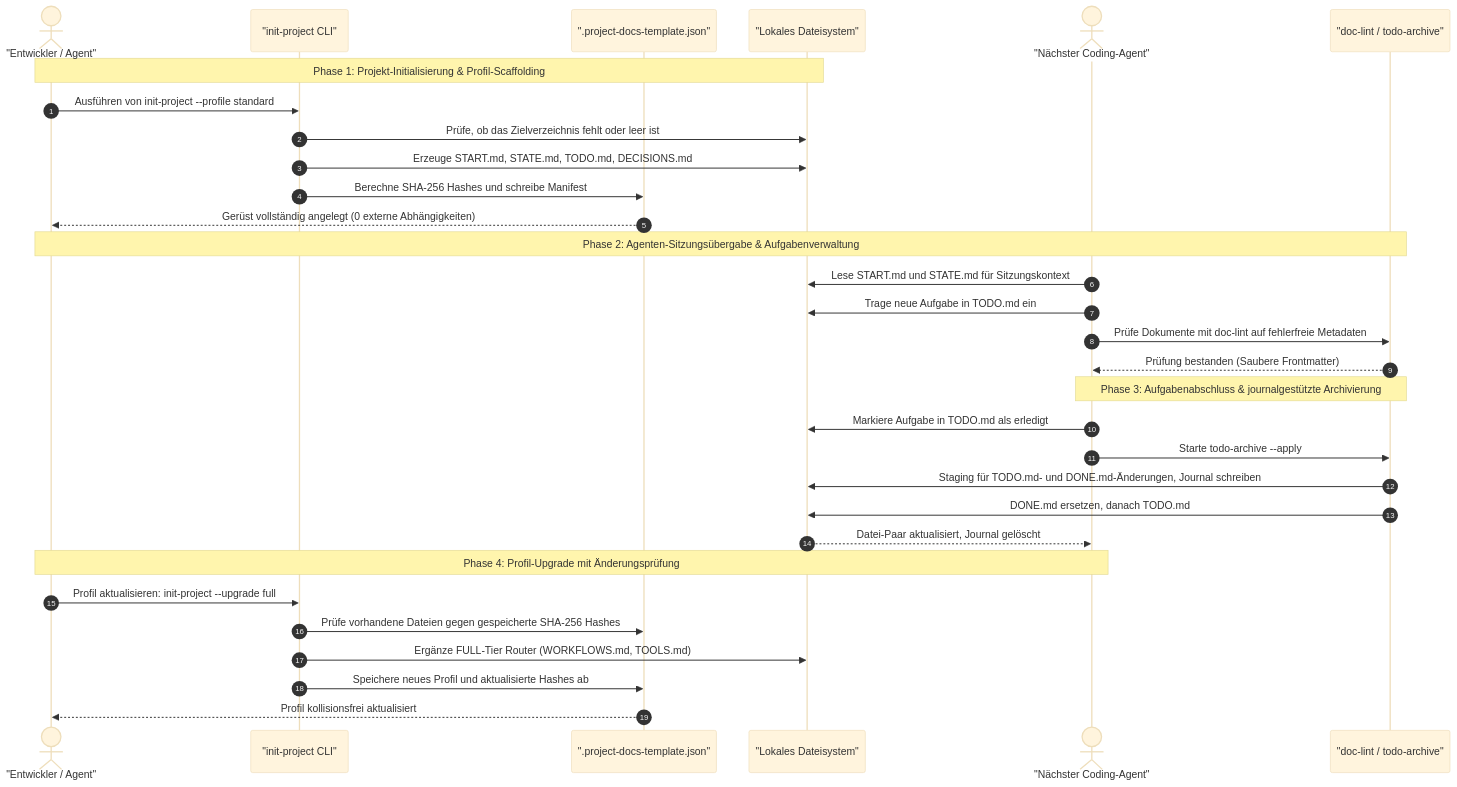
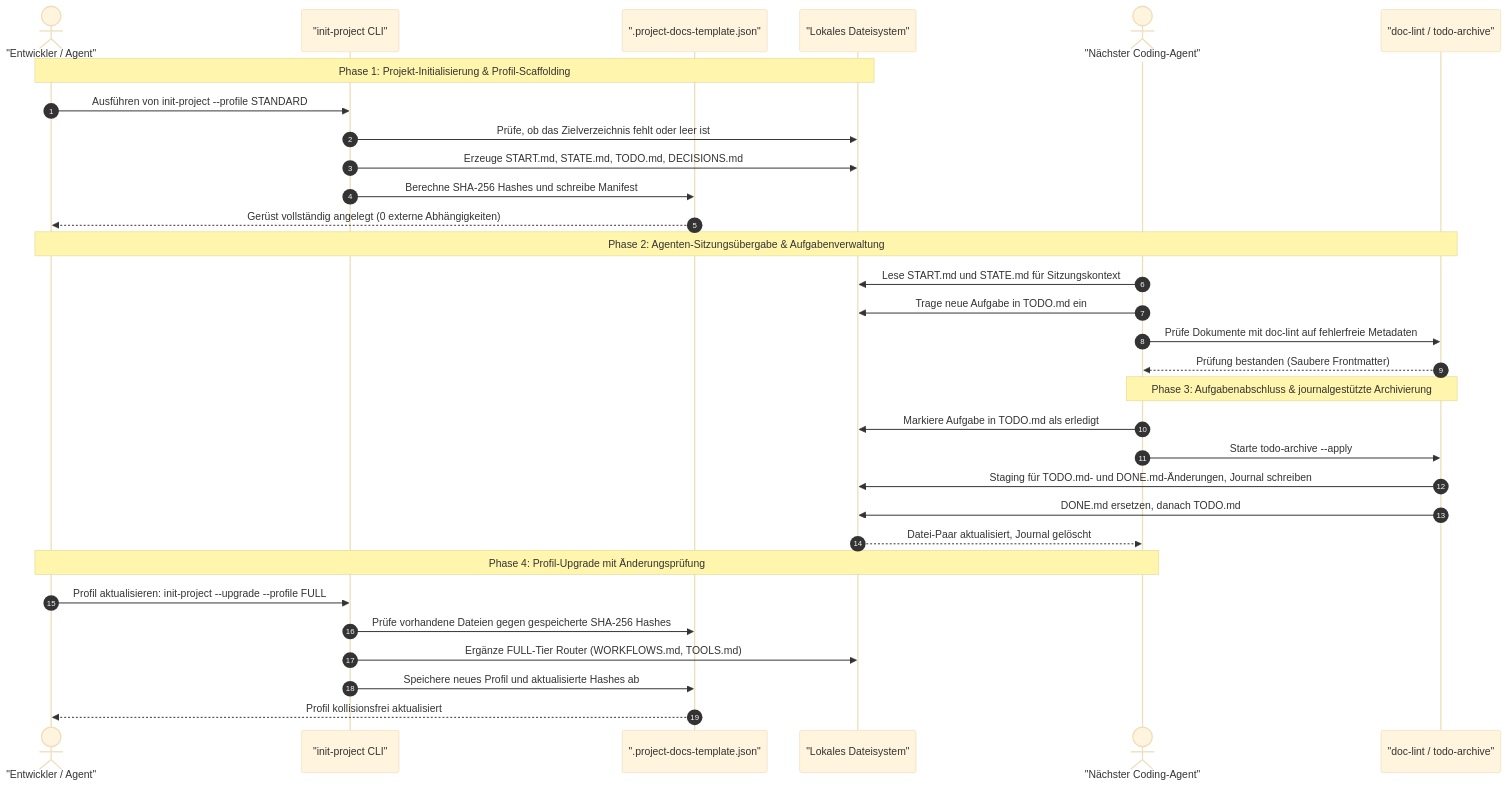
One commit to ellmos-ai/project-docs-template changed the second of 2 diagrams in README_de.md. Above: the diagram before and after it, drawn with Mermaid (base theme). The commit also changed other lines of this file and 14 other files, not shown here.

First line of the commit message:
fix(docs): document the real init-project/doc-lint CLI interface (for #10)

````diff
--- a/README_de.md
+++ b/README_de.md
@@ -156,37 +156,37 @@
 ```mermaid
 sequenceDiagram
     autonumber
     actor Engineer as "Entwickler / Agent"
     participant CLI as "init-project CLI"
     participant Manifest as ".project-docs-template.json"
     participant FS as "Lokales Dateisystem"
     actor NextAgent as "Nächster Coding-Agent"
     participant Linter as "doc-lint / todo-archive"
 
     Note over Engineer,FS: Phase 1: Projekt-Initialisierung & Profil-Scaffolding
-    Engineer->>CLI: Ausführen von init-project --profile standard
+    Engineer->>CLI: Ausführen von init-project --profile STANDARD
     CLI->>FS: Prüfe, ob das Zielverzeichnis fehlt oder leer ist
     CLI->>FS: Erzeuge START.md, STATE.md, TODO.md, DECISIONS.md
     CLI->>Manifest: Berechne SHA-256 Hashes und schreibe Manifest
     Manifest-->>Engineer: Gerüst vollständig angelegt (0 externe Abhängigkeiten)
 
     Note over Engineer,Linter: Phase 2: Agenten-Sitzungsübergabe & Aufgabenverwaltung
     NextAgent->>FS: Lese START.md und STATE.md für Sitzungskontext
     NextAgent->>FS: Trage neue Aufgabe in TODO.md ein
     NextAgent->>Linter: Prüfe Dokumente mit doc-lint auf fehlerfreie Metadaten
     Linter-->>NextAgent: Prüfung bestanden (Saubere Frontmatter)
 
     Note over NextAgent,Linter: Phase 3: Aufgabenabschluss & journalgestützte Archivierung
     NextAgent->>FS: Markiere Aufgabe in TODO.md als erledigt
     NextAgent->>Linter: Starte todo-archive --apply
     Linter->>FS: Staging für TODO.md- und DONE.md-Änderungen, Journal schreiben
     Linter->>FS: DONE.md ersetzen, danach TODO.md
     FS-->>NextAgent: Datei-Paar aktualisiert, Journal gelöscht
 
     Note over Engineer,NextAgent: Phase 4: Profil-Upgrade mit Änderungsprüfung
-    Engineer->>CLI: Profil aktualisieren: init-project --upgrade full
+    Engineer->>CLI: Profil aktualisieren: init-project --upgrade --profile FULL
     CLI->>Manifest: Prüfe vorhandene Dateien gegen gespeicherte SHA-256 Hashes
     CLI->>FS: Ergänze FULL-Tier Router (WORKFLOWS.md, TOOLS.md)
     CLI->>Manifest: Speichere neues Profil und aktualisierte Hashes ab
     Manifest-->>Engineer: Profil kollisionsfrei aktualisiert
 ```
````
